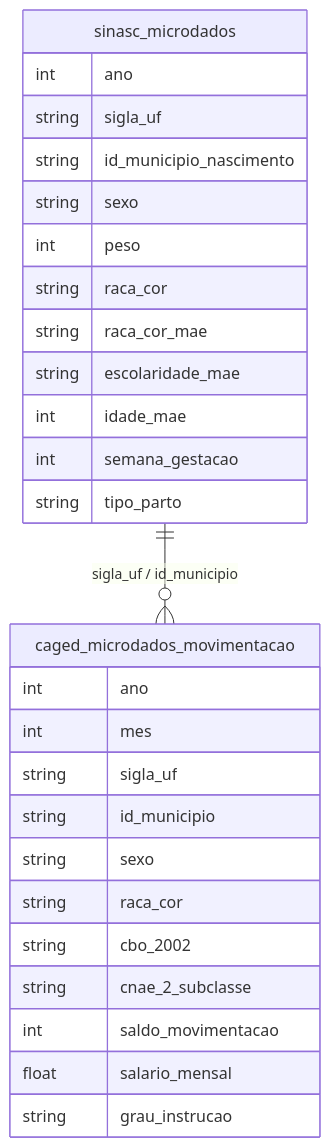
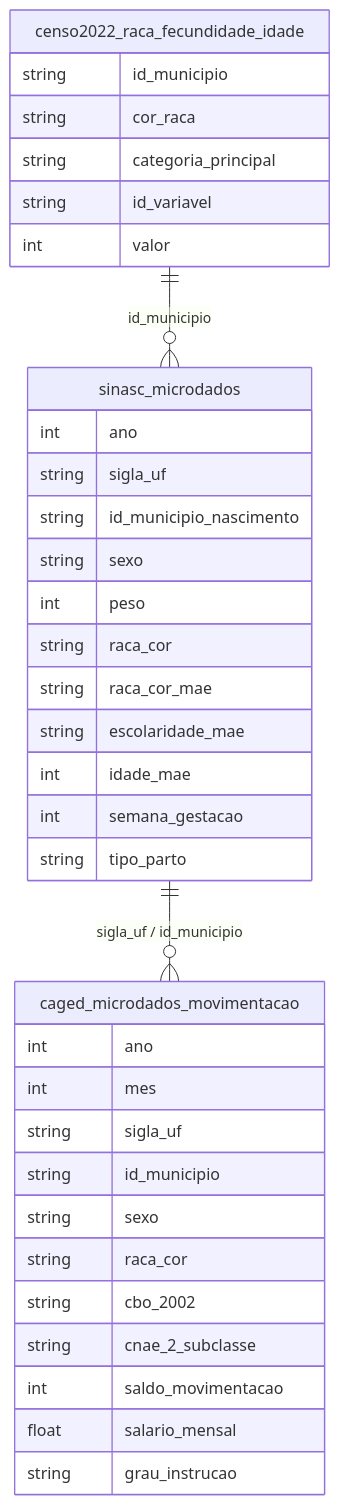
Before and after one commit to rafapolo/rodado: the diagram in docs/mapa/overview/09_genero_familia.md, drawn with Mermaid. The commit also changed other lines of this file and 135 other files, not shown here.

````diff
--- a/docs/mapa/overview/09_genero_familia.md
+++ b/docs/mapa/overview/09_genero_familia.md
@@ -2,30 +2,38 @@
 ```mermaid
 erDiagram
     sinasc_microdados {
         int ano
         string sigla_uf
         string id_municipio_nascimento
         string sexo
         int peso
         string raca_cor
         string raca_cor_mae
         string escolaridade_mae
         int idade_mae
         int semana_gestacao
         string tipo_parto
     }
     caged_microdados_movimentacao {
         int ano
         int mes
         string sigla_uf
         string id_municipio
         string sexo
         string raca_cor
         string cbo_2002
         string cnae_2_subclasse
         int saldo_movimentacao
         float salario_mensal
         string grau_instrucao
     }
+    censo2022_raca_fecundidade_idade {
+        string id_municipio
+        string cor_raca
+        string categoria_principal
+        string id_variavel
+        int valor
+    }
     sinasc_microdados ||--o{ caged_microdados_movimentacao : "sigla_uf / id_municipio"
+    censo2022_raca_fecundidade_idade ||--o{ sinasc_microdados : "id_municipio"
 ```
````
